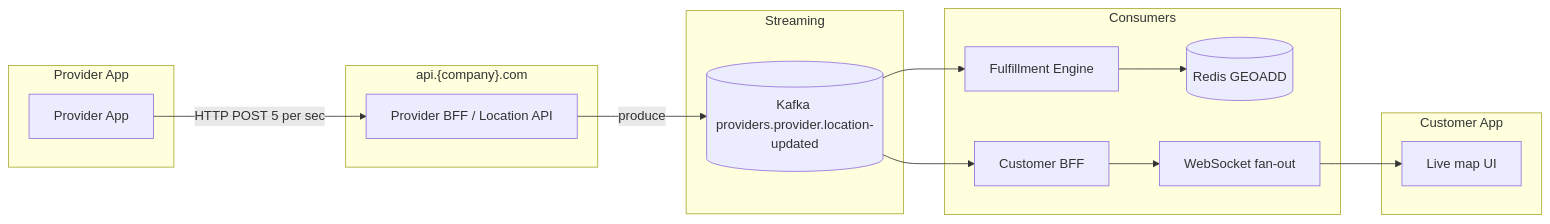
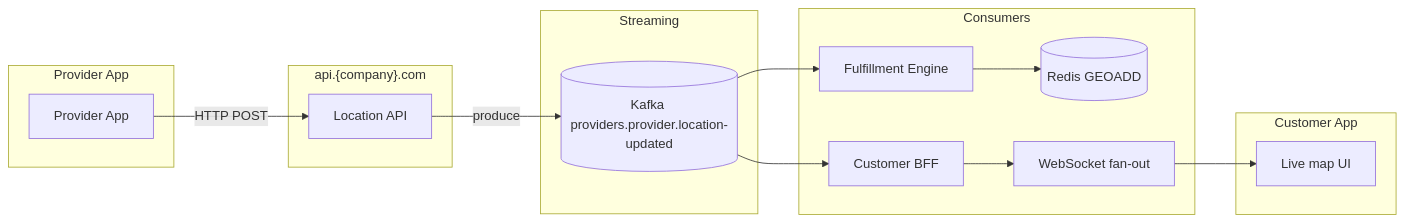
Before and after one commit to rishikeshdhokare/platform-manifesto: the third of 7 diagrams in 02-architecture-and-api/04-real-time-architecture.md, drawn with Mermaid. The commit also changed other lines of this file and 12 other files, not shown here.

First line of the commit message:
fix: refactor Mermaid diagrams for compliance (#135)

````diff
--- a/02-architecture-and-api/04-real-time-architecture.md
+++ b/02-architecture-and-api/04-real-time-architecture.md
@@ -147,29 +147,29 @@
 ```mermaid
 flowchart LR
     subgraph Mobile["Provider App"]
         D[Provider App]
     end
     subgraph Edge["api.{company}.com"]
-        BFF[Provider BFF / Location API]
+        BFF[Location API]
     end
     subgraph Stream["Streaming"]
         K[(Kafka providers.provider.location-updated)]
     end
     subgraph Consumers["Consumers"]
         ME[Fulfillment Engine]
         RGEO[(Redis GEOADD)]
         RBFF[Customer BFF]
         WS[WebSocket fan-out]
     end
     subgraph Customer["Customer App"]
         R[Live map UI]
     end
 
-    D -->|HTTP POST 5 per sec| BFF
+    D -->|HTTP POST| BFF
     BFF -->|produce| K
     K --> ME
     ME --> RGEO
     K --> RBFF
     RBFF --> WS
     WS --> R
 ```
````
